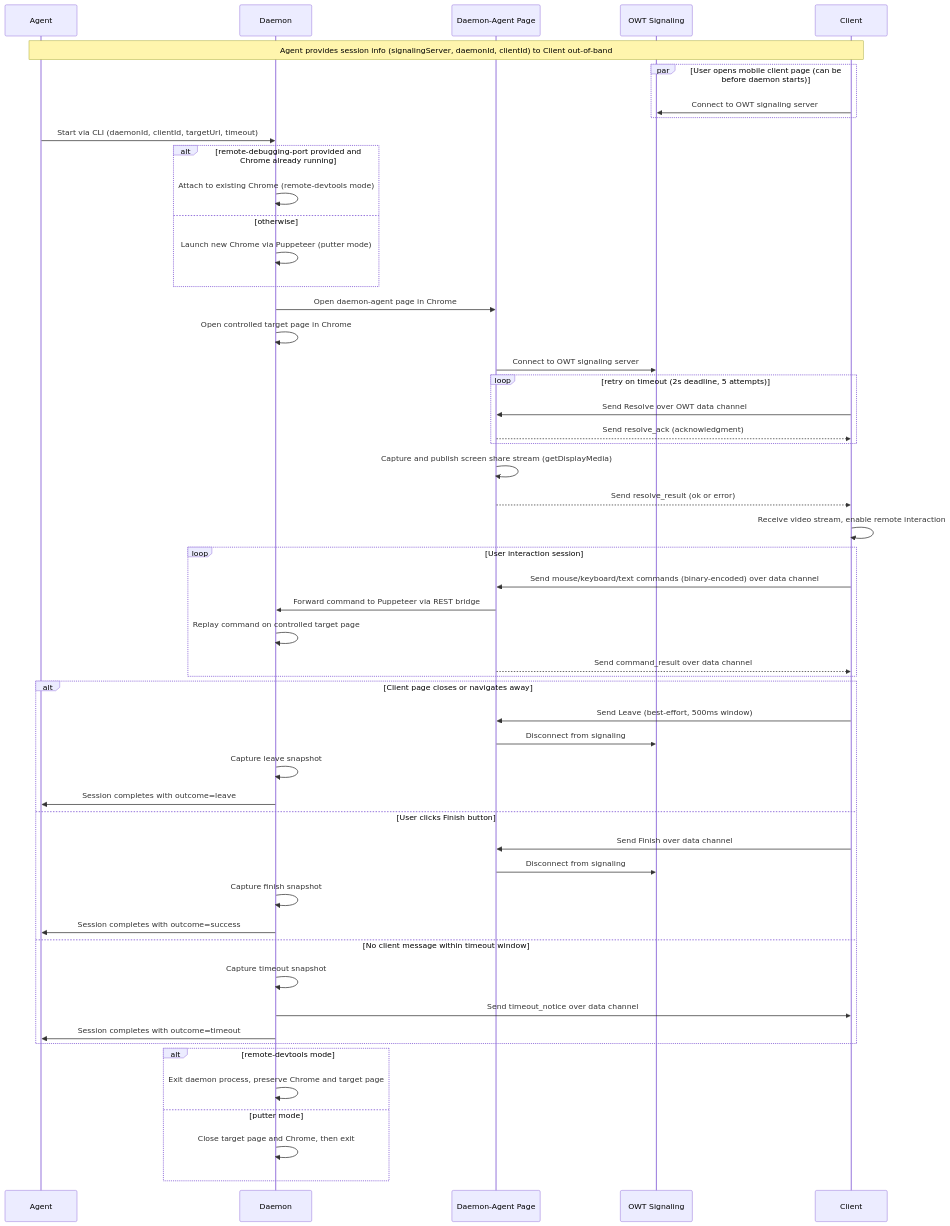
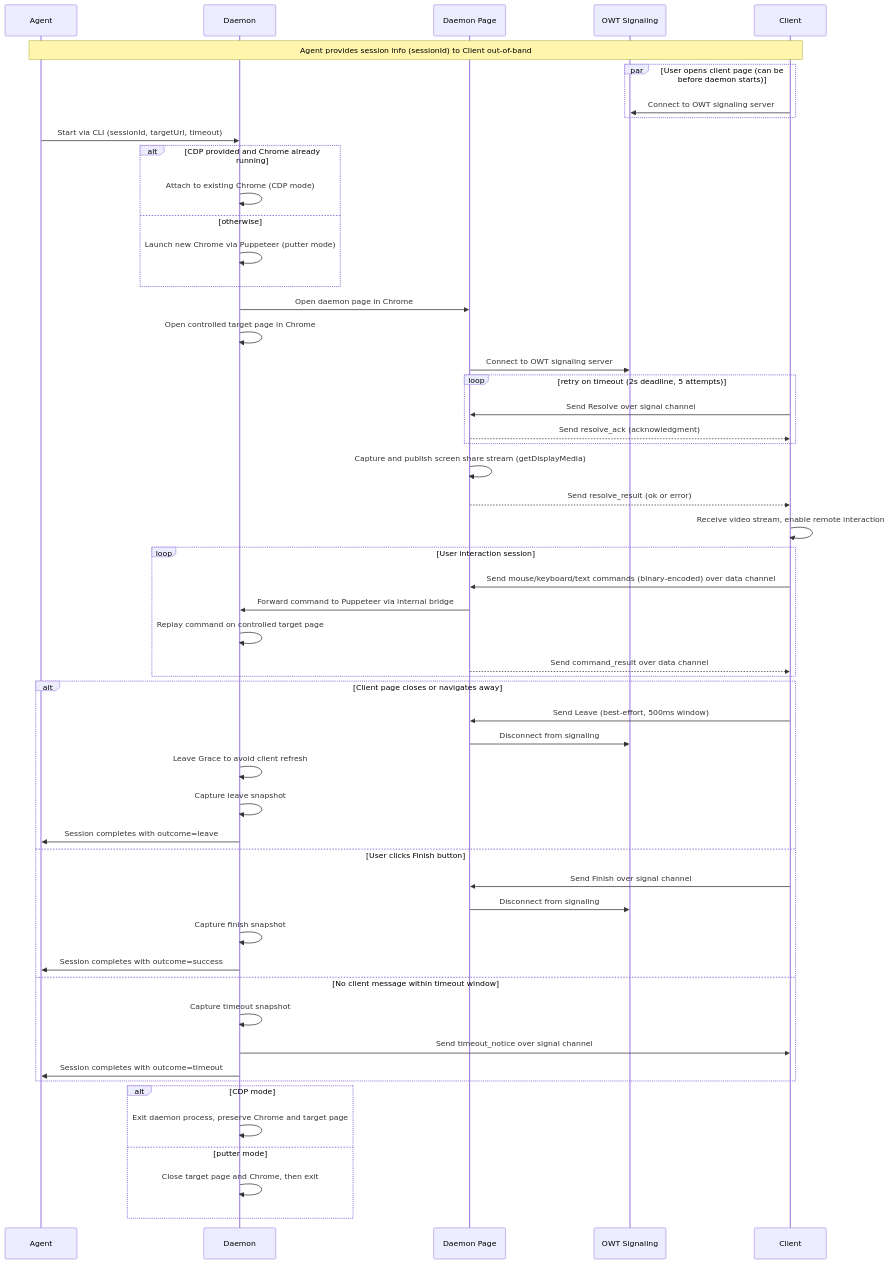
The diagram in README.md (yzhou51/agentic-browser-lui), drawn with Mermaid before and after one commit. The commit also changed other lines of this file and 61 other files, not shown here.

````diff
--- a/README.md
+++ b/README.md
@@ -237,64 +199,65 @@
 ```mermaid
 sequenceDiagram
     participant Agent
     participant Daemon
-    participant DaemonAgent as Daemon-Agent Page
+    participant DaemonPage as Daemon Page
     participant Signal as OWT Signaling
     participant Client
 
-    Note over Agent,Client: Agent provides session info (signalingServer, daemonId, clientId) to Client out-of-band
+    Note over Agent,Client: Agent provides session info (sessionId) to Client out-of-band
 
-    par User opens mobile client page (can be before daemon starts)
+    par User opens client page (can be before daemon starts)
         Client->>Signal: Connect to OWT signaling server
     end
 
-    Agent->>Daemon: Start via CLI (daemonId, clientId, targetUrl, timeout)
+    Agent->>Daemon: Start via CLI (sessionId, targetUrl, timeout)
 
-    alt remote-debugging-port provided and Chrome already running
-        Daemon->>Daemon: Attach to existing Chrome (remote-devtools mode)
+    alt CDP provided and Chrome already running
+        Daemon->>Daemon: Attach to existing Chrome (CDP mode)
     else otherwise
         Daemon->>Daemon: Launch new Chrome via Puppeteer (putter mode)
     end
 
-    Daemon->>DaemonAgent: Open daemon-agent page in Chrome
+    Daemon->>DaemonPage: Open daemon page in Chrome
     Daemon->>Daemon: Open controlled target page in Chrome
-    DaemonAgent->>Signal: Connect to OWT signaling server
+    DaemonPage->>Signal: Connect to OWT signaling server
 
     loop retry on timeout (2s deadline,  5 attempts)
-        Client->>DaemonAgent: Send Resolve over OWT data channel
-        DaemonAgent-->>Client: Send resolve_ack (acknowledgment)
+        Client->>DaemonPage: Send Resolve over signal channel
+        DaemonPage-->>Client: Send resolve_ack (acknowledgment)
     end
 
-    DaemonAgent->>DaemonAgent: Capture and publish screen share stream (getDisplayMedia)
-    DaemonAgent-->>Client: Send resolve_result (ok or error)
+    DaemonPage->>DaemonPage: Capture and publish screen share stream (getDisplayMedia)
+    DaemonPage-->>Client: Send resolve_result (ok or error)
     Client->>Client: Receive video stream, enable remote interaction
 
     loop User interaction session
-        Client->>DaemonAgent: Send mouse/keyboard/text commands (binary-encoded) over data channel
-        DaemonAgent->>Daemon: Forward command to Puppeteer via REST bridge
+        Client->>DaemonPage: Send mouse/keyboard/text commands (binary-encoded) over data channel
+        DaemonPage->>Daemon: Forward command to Puppeteer via internal bridge
         Daemon->>Daemon: Replay command on controlled target page
-        DaemonAgent-->>Client: Send command_result over data channel
+        DaemonPage-->>Client: Send command_result over data channel
     end
 
     alt Client page closes or navigates away
-        Client->>DaemonAgent: Send Leave (best-effort, 500ms window)
-        DaemonAgent->>Signal: Disconnect from signaling
+        Client->>DaemonPage: Send Leave (best-effort, 500ms window)
+        DaemonPage->>Signal: Disconnect from signaling
+        Daemon->>Daemon: Leave Grace to avoid client refresh 
         Daemon->>Daemon: Capture leave snapshot
         Daemon->>Agent: Session completes with outcome=leave
     else User clicks Finish button
-        Client->>DaemonAgent: Send Finish over data channel
-        DaemonAgent->>Signal: Disconnect from signaling
+        Client->>DaemonPage: Send Finish over signal channel
+        DaemonPage->>Signal: Disconnect from signaling
         Daemon->>Daemon: Capture finish snapshot
         Daemon->>Agent: Session completes with outcome=success
     else No client message within timeout window
         Daemon->>Daemon: Capture timeout snapshot
-        Daemon->>Client: Send timeout_notice over data channel
+        Daemon->>Client: Send timeout_notice over signal channel
         Daemon->>Agent: Session completes with outcome=timeout
     end
 
-    alt remote-devtools mode
+    alt CDP mode
         Daemon->>Daemon: Exit daemon process, preserve Chrome and target page
     else putter mode
         Daemon->>Daemon: Close target page and Chrome, then exit
     end
 ```
````
